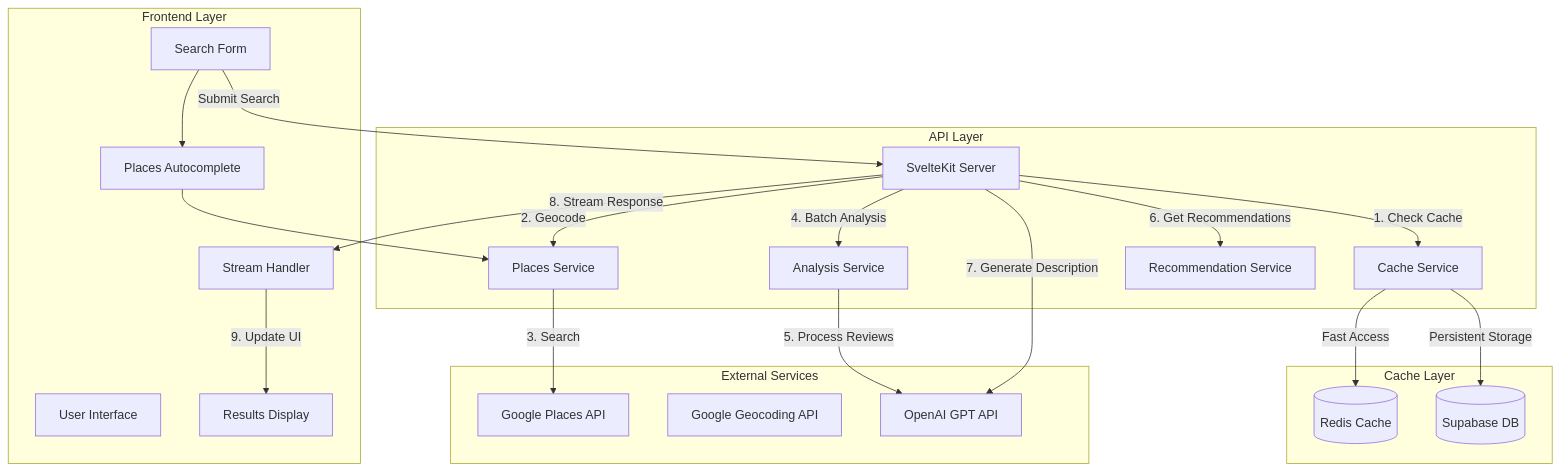
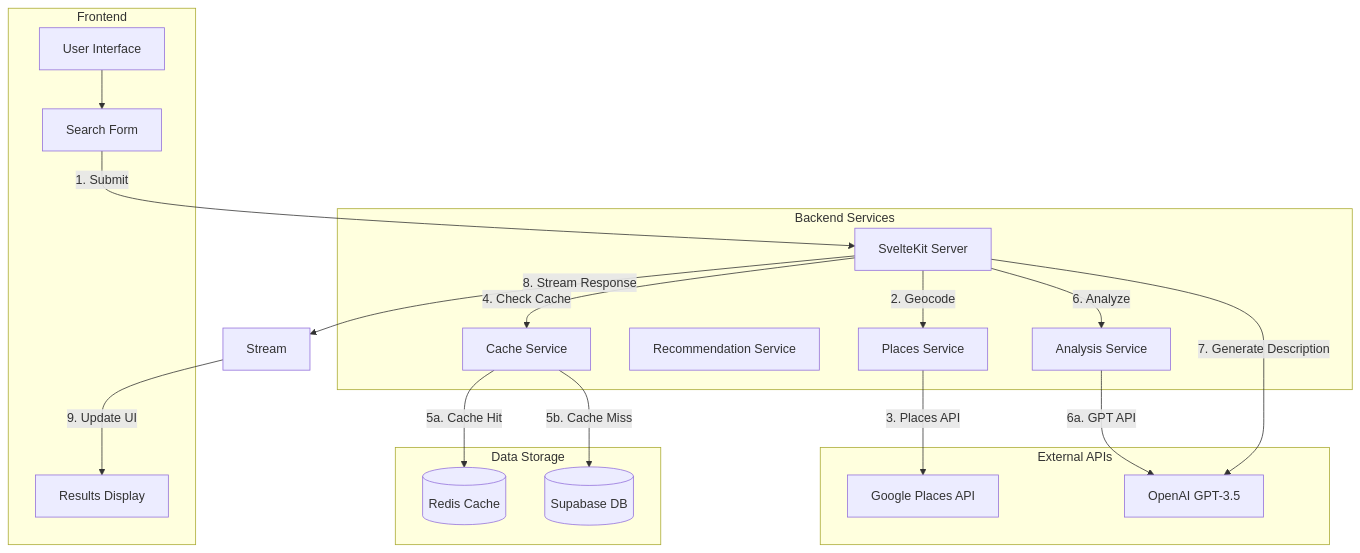
The first of 3 diagrams in README.md (yashmit07/QuickCafe), drawn with Mermaid before and after one commit. The commit also changed other lines of this file, not shown here.

````diff
--- a/README.md
+++ b/README.md
@@ -35,51 +35,40 @@
 ```mermaid
 graph TD
-    subgraph "Frontend Layer"
+    subgraph "Frontend"
         UI[User Interface]
         Form[Search Form]
-        AC[Places Autocomplete]
         Results[Results Display]
-        Stream[Stream Handler]
     end
 
-    subgraph "API Layer"
+    subgraph "Backend Services"
         Server[SvelteKit Server]
-        Cache[Cache Service]
-        Places[Places Service]
-        Analysis[Analysis Service]
-        Recommender[Recommendation Service]
+        PS[Places Service]
+        RS[Recommendation Service]
+        AS[Analysis Service]
+        CS[Cache Service]
     end
 
-    subgraph "Cache Layer"
-        Redis[(Redis Cache)]
-        Supabase[(Supabase DB)]
+    subgraph "External APIs"
+        GP[Google Places API]
+        OAI[OpenAI GPT-3.5]
     end
 
-    subgraph "External Services"
-        GP[Google Places API]
-        GG[Google Geocoding API]
-        OAI[OpenAI GPT API]
+    subgraph "Data Storage"
+        Redis[(Redis Cache)]
+        DB[(Supabase DB)]
     end
 
-    %% Frontend Flow
-    Form --> AC
-    AC --> Places
-    Form -->|Submit Search| Server
-
-    %% Cache Flow
-    Server -->|1. Check Cache| Cache
-    Cache -->|Fast Access| Redis
-    Cache -->|Persistent Storage| Supabase
-
-    %% Main Processing Flow
-    Server -->|2. Geocode| Places
-    Places -->|3. Search| GP
-    Server -->|4. Batch Analysis| Analysis
-    Analysis -->|5. Process Reviews| OAI
-    Server -->|6. Get Recommendations| Recommender
-
-    %% Response Flow
+    %% User Flow
+    UI --> Form
+    Form -->|1. Submit| Server
+    Server -->|2. Geocode| PS
+    PS -->|3. Places API| GP
+    Server -->|4. Check Cache| CS
+    CS -->|5a. Cache Hit| Redis
+    CS -->|5b. Cache Miss| DB
+    Server -->|6. Analyze| AS
+    AS -->|6a. GPT API| OAI
     Server -->|7. Generate Description| OAI
     Server -->|8. Stream Response| Stream
     Stream -->|9. Update UI| Results
 ```
````
